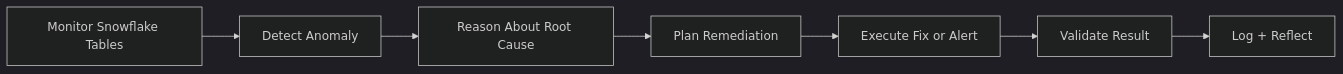
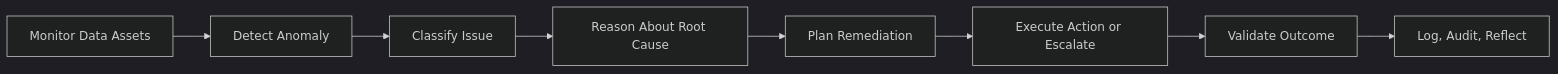
The third of 4 diagrams in README.md (dhanumjayasaggurthi/dhanumjayasaggurthi), drawn with Mermaid (dark theme) before and after one commit. The commit also changed other lines of this file, not shown here.

First line of the commit message:
Revise README for role and architecture updates

````diff
--- a/README.md
+++ b/README.md
@@ -112,9 +134,10 @@
 ```mermaid
 flowchart LR
-    A[Monitor Snowflake Tables] --> B[Detect Anomaly]
-    B --> C[Reason About Root Cause]
-    C --> D[Plan Remediation]
-    D --> E[Execute Fix or Alert]
-    E --> F[Validate Result]
-    F --> G[Log + Reflect]
+    A[Monitor Data Assets] --> B[Detect Anomaly]
+    B --> C[Classify Issue]
+    C --> D[Reason About Root Cause]
+    D --> E[Plan Remediation]
+    E --> F[Execute Action or Escalate]
+    F --> G[Validate Outcome]
+    G --> H[Log, Audit, Reflect]
 ```
````
